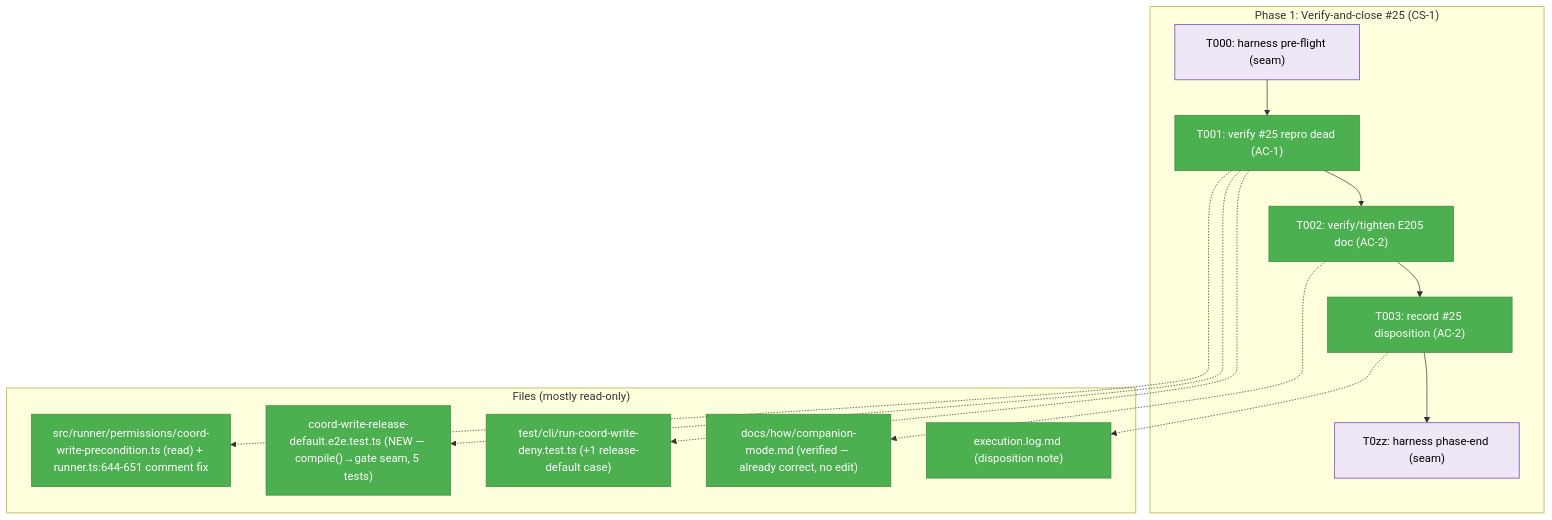
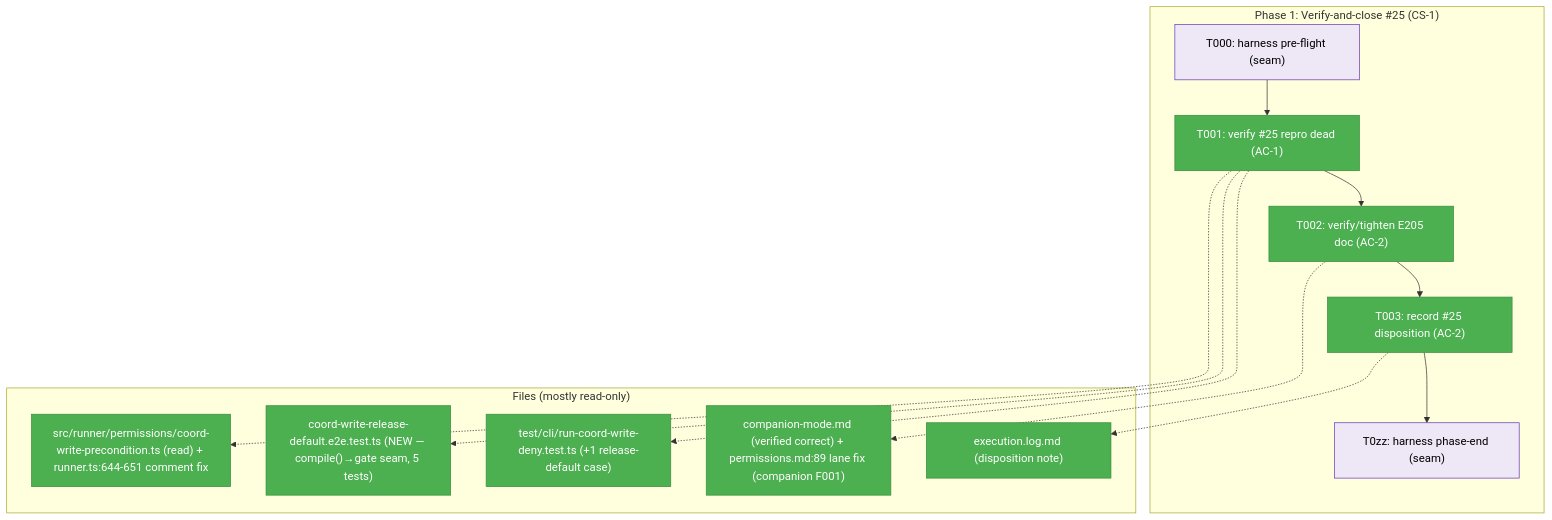
One commit to AI-Substrate/minih changed the first of 3 diagrams in docs/plans/027-companion-coordination/tasks/phase-1-verify-and-close-permission-edge/tasks.md. Above: the diagram before and after it, drawn with Mermaid. The commit also changed other lines of this file and 2 other files, not shown here.

Commit message:
fix(docs): permission-error signal is on the inside inbox lane (companion F001)
027 Phase 1 / #25 verify-and-close. The code-review-companion's final
sweep caught that permissions.md listed signal #4 of the 5-signal denial
protocol under inbox/outside/messages.ndjson, but the runner writes the
permission-error message to the INSIDE lane (error-signal.ts:167,
inboxLanePath(location,'inside'); the writer is named fireOutsideInboxSignal
for the operator view). The CLI regression already asserts the inside lane.

- permissions.md:89 -> inbox/inside/messages.ndjson (+ operators read it via
  `minih outside inbox list`)
- revise the T002 "no edit needed" disposition + #25 close-comment

````diff
--- a/docs/plans/027-companion-coordination/tasks/phase-1-verify-and-close-permission-edge/tasks.md
+++ b/docs/plans/027-companion-coordination/tasks/phase-1-verify-and-close-permission-edge/tasks.md
@@ -77,29 +77,29 @@
 ```mermaid
 flowchart TD
     classDef pending fill:#9E9E9E,stroke:#757575,color:#fff
     classDef completed fill:#4CAF50,stroke:#388E3C,color:#fff
     classDef seam fill:#EDE7F6,stroke:#673AB7,color:#000
 
     subgraph Phase["Phase 1: Verify-and-close #25 (CS-1)"]
         T000["T000: harness pre-flight (seam)"]:::seam
         T001["T001: verify #25 repro dead (AC-1)"]:::completed
         T002["T002: verify/tighten E205 doc (AC-2)"]:::completed
         T003["T003: record #25 disposition (AC-2)"]:::completed
         T0zz["T0zz: harness phase-end (seam)"]:::seam
         T000 --> T001 --> T002 --> T003 --> T0zz
     end
 
     subgraph Files["Files (mostly read-only)"]
         F1["src/runner/permissions/coord-write-precondition.ts (read) + runner.ts:644-651 comment fix"]:::completed
         F2["coord-write-release-default.e2e.test.ts (NEW — compile()→gate seam, 5 tests)"]:::completed
         F3["test/cli/run-coord-write-deny.test.ts (+1 release-default case)"]:::completed
-        F4["docs/how/companion-mode.md (verified — already correct, no edit)"]:::completed
+        F4["companion-mode.md (verified correct) + permissions.md:89 lane fix (companion F001)"]:::completed
         F5["execution.log.md (disposition note)"]:::completed
     end
 
     T001 -.-> F1
     T001 -.-> F2
     T001 -.-> F3
     T002 -.-> F4
     T003 -.-> F5
 ```
````
